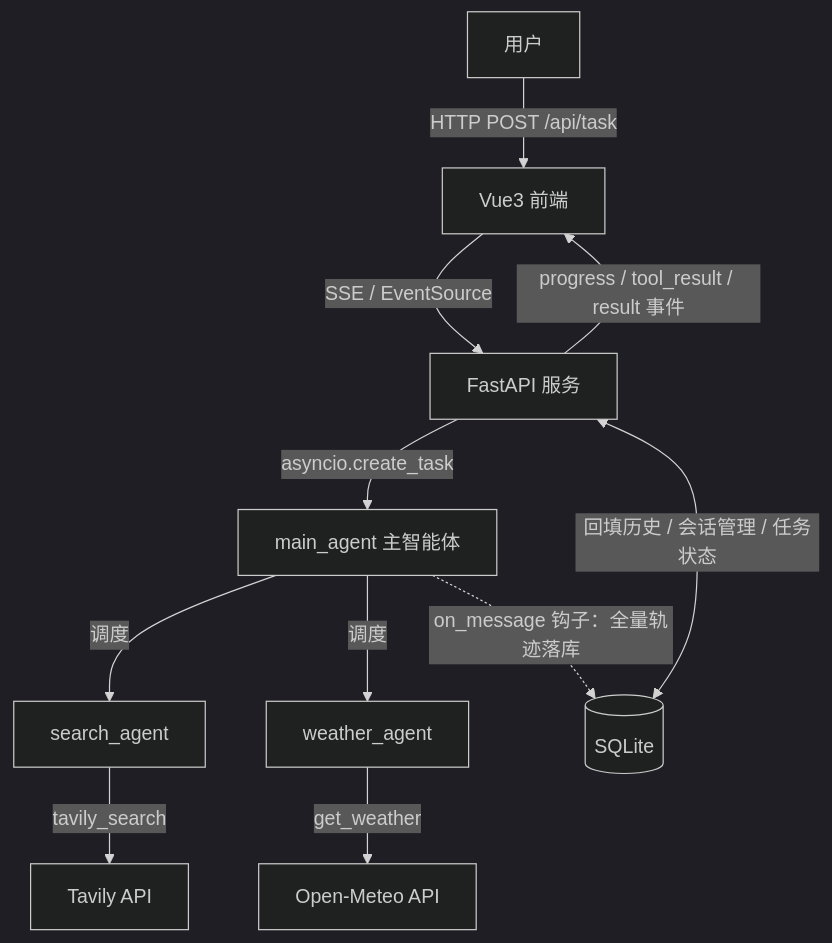
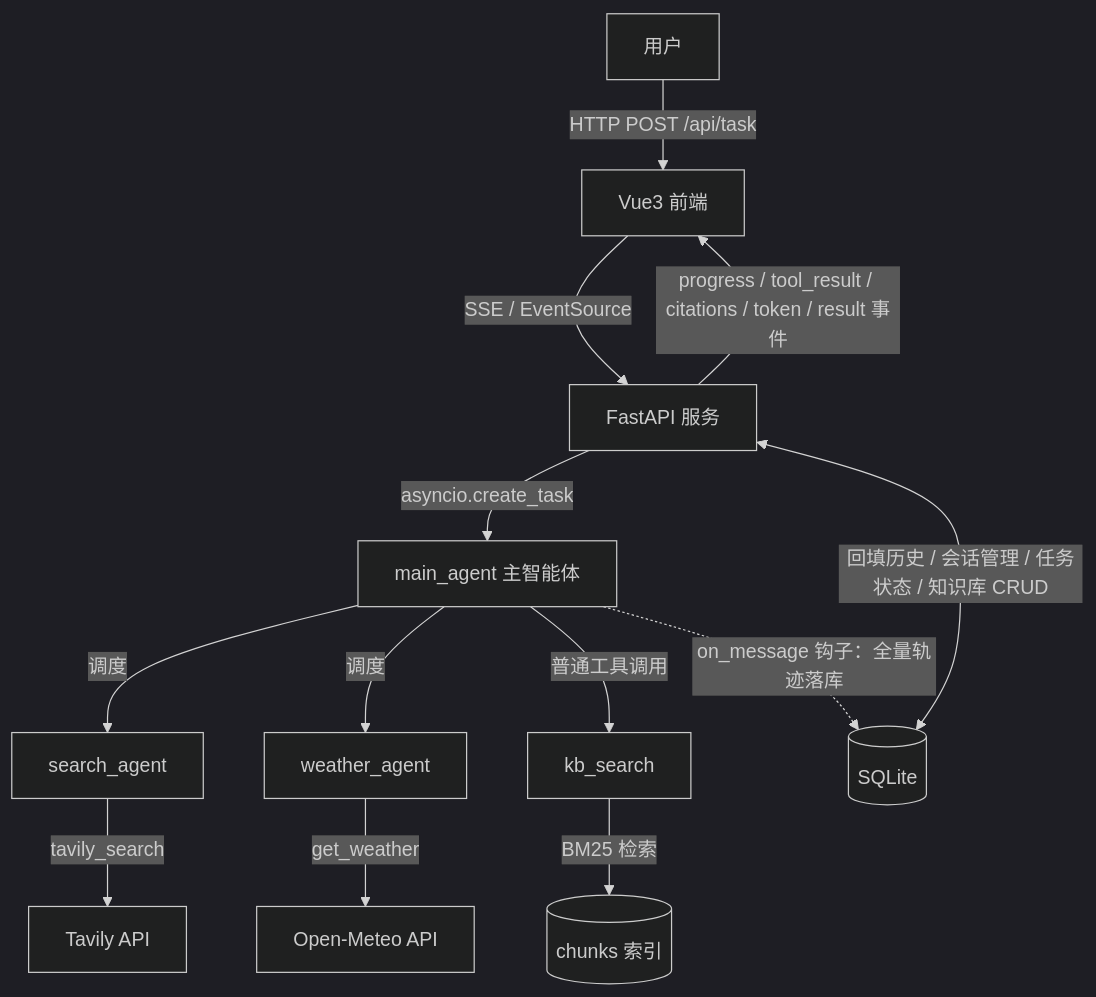
The diagram in README.md (cxyzk/MultiAgent-Search), drawn with Mermaid (dark theme) before and after one commit. The commit also changed other lines of this file and 1 other file, not shown here.

First line of the commit message:
docs: update README with RAG, mobile adaptation and API overview

````diff
--- a/README.md
+++ b/README.md
@@ -24,13 +29,15 @@
 ```mermaid
 graph TB
     U[用户] -->|HTTP POST /api/task| FE[Vue3 前端]
     FE -->|SSE / EventSource| API[FastAPI 服务]
     API -->|asyncio.create_task| MA[main_agent 主智能体]
     MA -->|调度| SA[search_agent]
     MA -->|调度| WA[weather_agent]
+    MA -->|普通工具调用| KS[kb_search]
     SA -->|tavily_search| TV[Tavily API]
     WA -->|get_weather| OM[Open-Meteo API]
-    API <-->|回填历史 / 会话管理 / 任务状态| DB[(SQLite)]
+    KS -->|BM25 检索| KB[(chunks 索引)]
+    API <-->|回填历史 / 会话管理 / 任务状态 / 知识库 CRUD| DB[(SQLite)]
     MA -.->|on_message 钩子：全量轨迹落库| DB
-    API -->|progress / tool_result / result 事件| FE
+    API -->|progress / tool_result / citations / token / result 事件| FE
 ```
````
